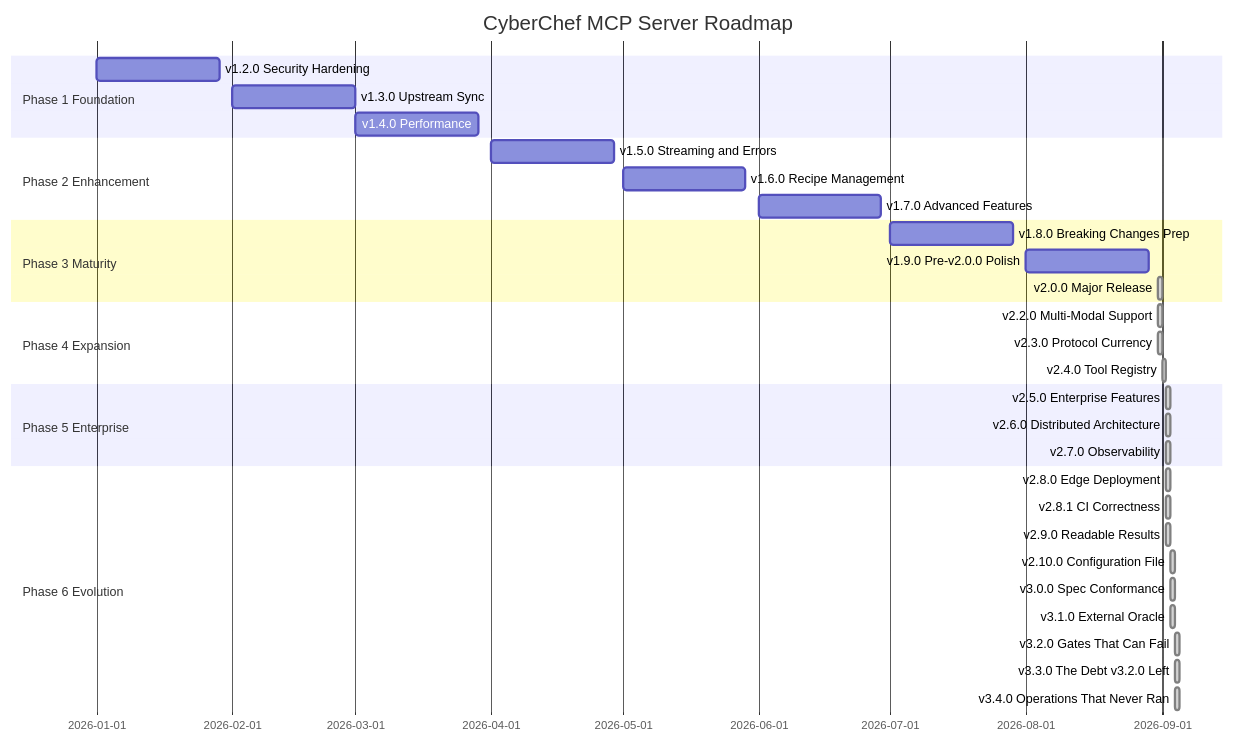
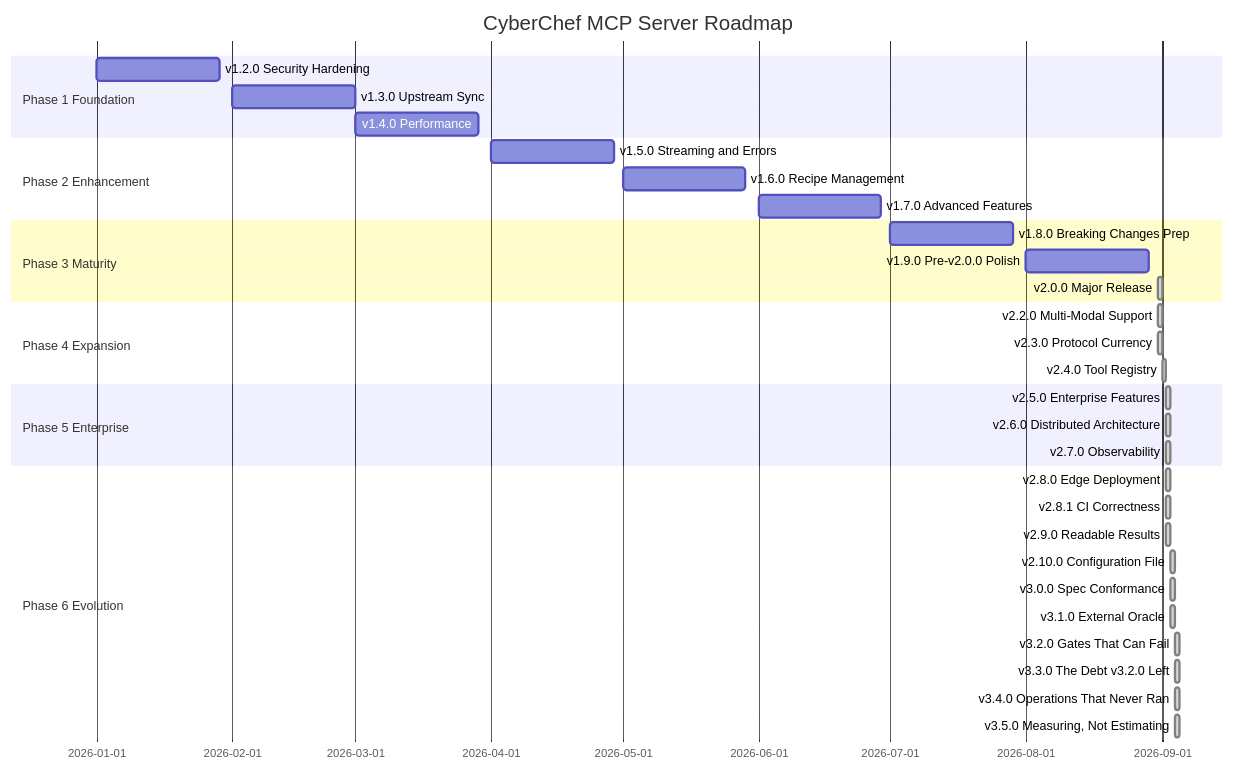
One commit to doublegate/CyberChef-MCP changed the diagram in docs/planning/ROADMAP.md. Above: the diagram before and after it, drawn with Mermaid. The commit also changed other lines of this file and 22 other files, not shown here.

````diff
--- a/docs/planning/ROADMAP.md
+++ b/docs/planning/ROADMAP.md
@@ -67,35 +67,36 @@
 ```mermaid
 gantt
     title CyberChef MCP Server Roadmap
     dateFormat YYYY-MM-DD
     section Phase 1 Foundation
     v1.2.0 Security Hardening           :2026-01-01, 4w
     v1.3.0 Upstream Sync                :2026-02-01, 4w
     v1.4.0 Performance                  :2026-03-01, 4w
     section Phase 2 Enhancement
     v1.5.0 Streaming and Errors         :2026-04-01, 4w
     v1.6.0 Recipe Management            :2026-05-01, 4w
     v1.7.0 Advanced Features            :2026-06-01, 4w
     section Phase 3 Maturity
     v1.8.0 Breaking Changes Prep        :2026-07-01, 4w
     v1.9.0 Pre-v2.0.0 Polish            :2026-08-01, 4w
     v2.0.0 Major Release                :done, 2026-08-31, 1d
     section Phase 4 Expansion
     v2.2.0 Multi-Modal Support          :done, 2026-08-31, 1d
     v2.3.0 Protocol Currency            :done, 2026-08-31, 1d
     v2.4.0 Tool Registry                :done, 2026-09-01, 1d
     section Phase 5 Enterprise
     v2.5.0 Enterprise Features          :done, 2026-09-02, 1d
     v2.6.0 Distributed Architecture     :done, 2026-09-02, 1d
     v2.7.0 Observability                :done, 2026-09-02, 1d
     section Phase 6 Evolution
     v2.8.0 Edge Deployment              :done, 2026-09-02, 1d
     v2.8.1 CI Correctness               :done, 2026-09-02, 1d
     v2.9.0 Readable Results             :done, 2026-09-02, 1d
     v2.10.0 Configuration File          :done, 2026-09-03, 1d
     v3.0.0 Spec Conformance             :done, 2026-09-03, 1d
     v3.1.0 External Oracle              :done, 2026-09-03, 1d
     v3.2.0 Gates That Can Fail          :done, 2026-09-04, 1d
     v3.3.0 The Debt v3.2.0 Left         :done, 2026-09-04, 1d
     v3.4.0 Operations That Never Ran    :done, 2026-09-04, 1d
+    v3.5.0 Measuring, Not Estimating    :done, 2026-09-04, 1d
 ```
````
